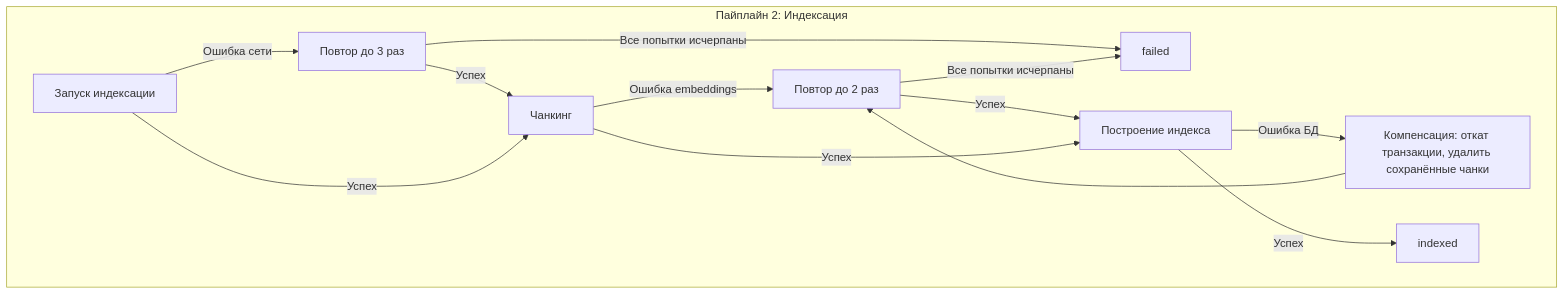
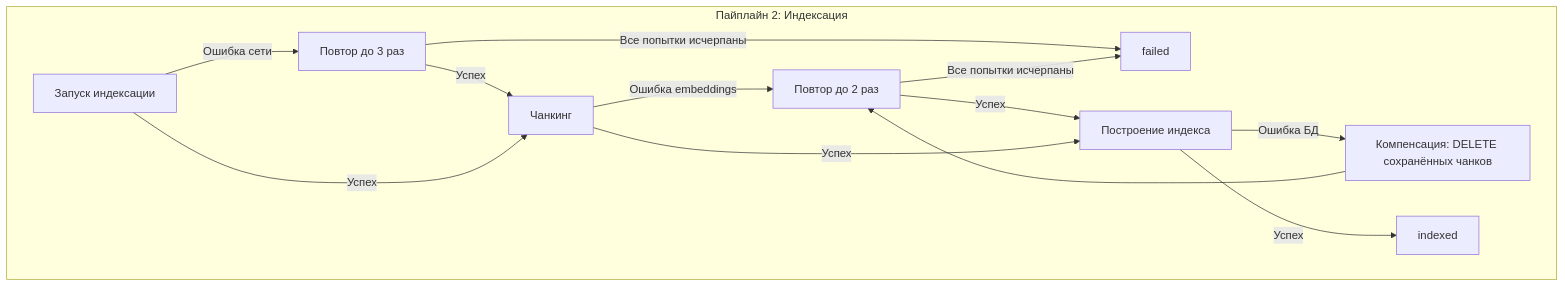
Before and after one commit to MasterKSAF/PKB: the third of 3 diagrams in docs/pipelines/pipeline2-indexation.md, drawn with Mermaid. The commit also changed other lines of this file and 30 other files, not shown here.

````diff
--- a/docs/pipelines/pipeline2-indexation.md
+++ b/docs/pipelines/pipeline2-indexation.md
@@ -149,16 +150,16 @@
 ```mermaid
 graph TD
     subgraph "Пайплайн 2: Индексация"
         StartIdx[Запуск индексации] -->|Ошибка сети| Retry3[Повтор до 3 раз]
         Retry3 -->|Все попытки исчерпаны| Fail2[failed]
         Retry3 -->|Успех| Chunk[Чанкинг]
         StartIdx -->|Успех| Chunk
         Chunk -->|Ошибка embeddings| Retry4[Повтор до 2 раз]
         Retry4 -->|Все попытки исчерпаны| Fail2
         Retry4 -->|Успех| Index[Построение индекса]
         Chunk -->|Успех| Index
-        Index -->|Ошибка БД| Comp2[Компенсация: откат транзакции, удалить сохранённые чанки]
+        Index -->|Ошибка БД| Comp2[Компенсация: DELETE сохранённых чанков]
         Comp2 --> Retry4
         Index -->|Успех| Indexed[indexed]
     end
 ```
````
